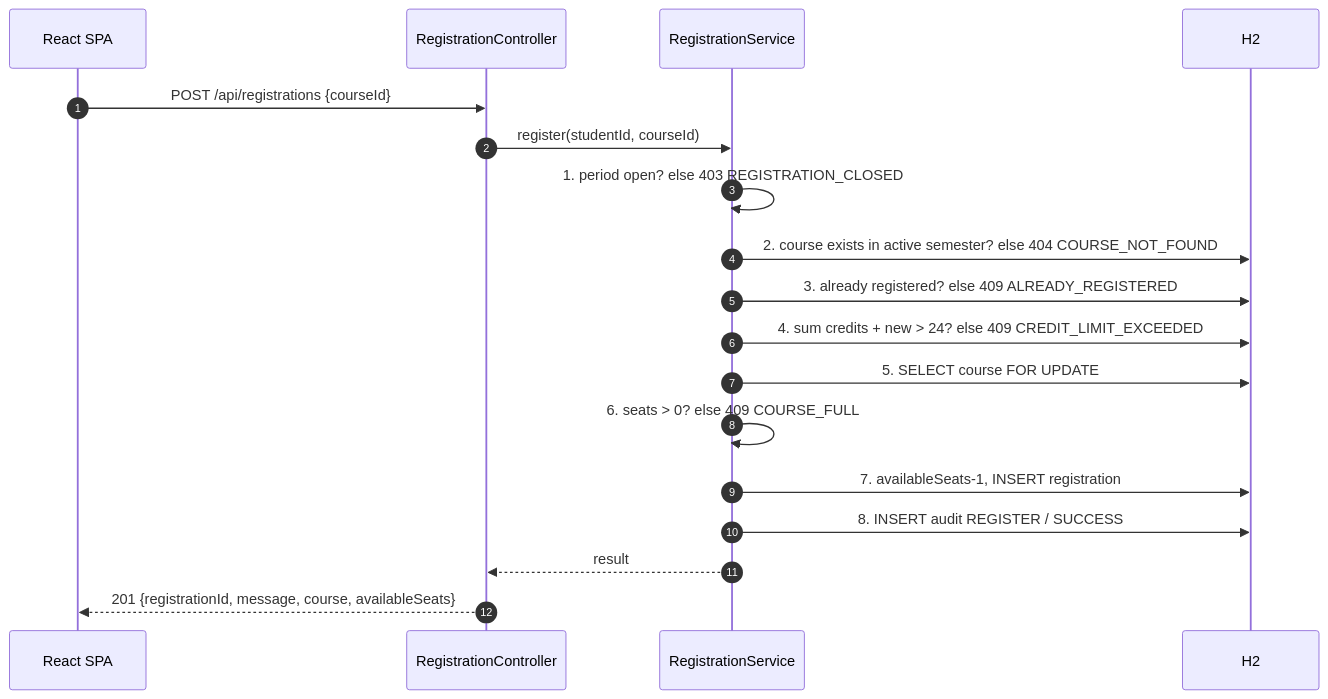
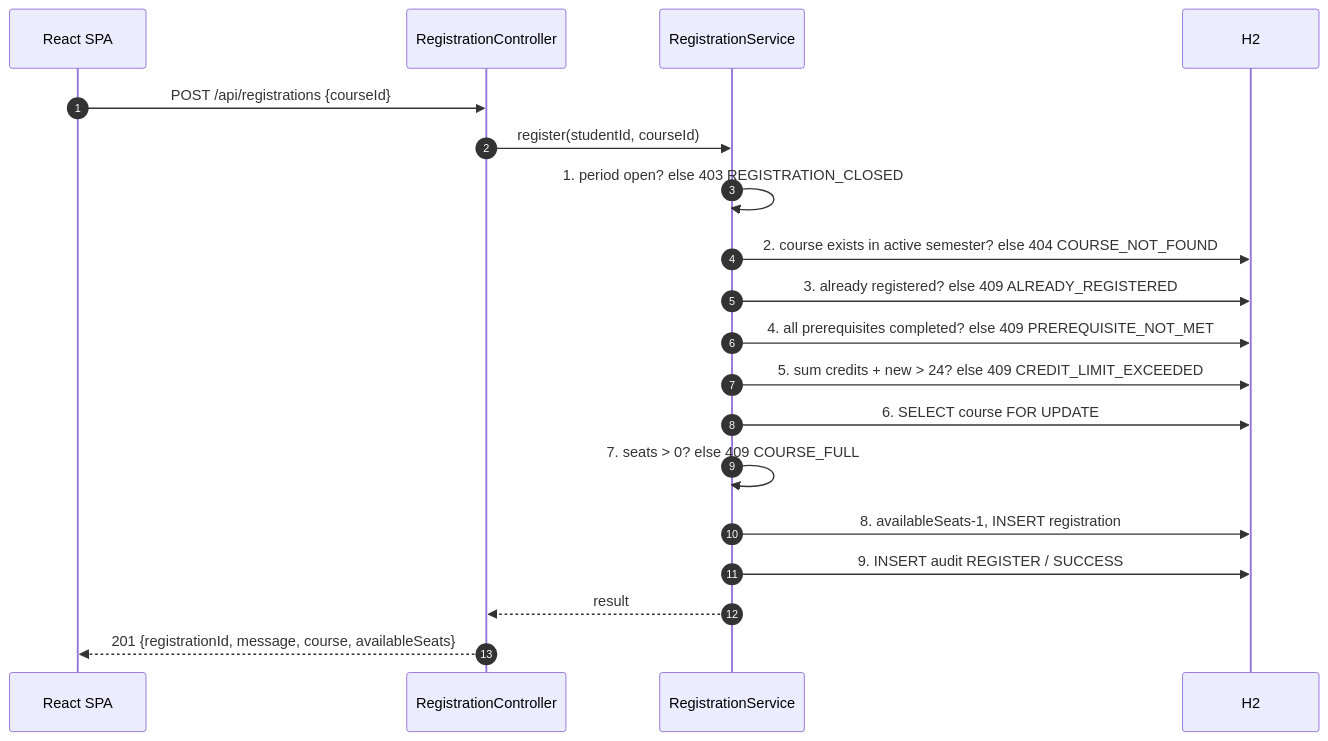
One commit to kb-ong/monash-course-registration-system changed the second of 3 diagrams in docs/specs/00-overview.md. Above: the diagram before and after it, drawn with Mermaid. The commit also changed other lines of this file and 30 other files, not shown here.

First line of the commit message:
feat: validate prerequisites before registration (FR8)

````diff
--- a/docs/specs/00-overview.md
+++ b/docs/specs/00-overview.md
@@ -113,20 +120,21 @@
 ```mermaid
 sequenceDiagram
     autonumber
     participant UI as React SPA
     participant C as RegistrationController
     participant S as RegistrationService
     participant DB as H2
     UI->>C: POST /api/registrations {courseId}
     C->>S: register(studentId, courseId)
     S->>S: 1. period open? else 403 REGISTRATION_CLOSED
     S->>DB: 2. course exists in active semester? else 404 COURSE_NOT_FOUND
     S->>DB: 3. already registered? else 409 ALREADY_REGISTERED
-    S->>DB: 4. sum credits + new > 24? else 409 CREDIT_LIMIT_EXCEEDED
-    S->>DB: 5. SELECT course FOR UPDATE
-    S->>S: 6. seats > 0? else 409 COURSE_FULL
-    S->>DB: 7. availableSeats-1, INSERT registration
-    S->>DB: 8. INSERT audit REGISTER / SUCCESS
+    S->>DB: 4. all prerequisites completed? else 409 PREREQUISITE_NOT_MET
+    S->>DB: 5. sum credits + new > 24? else 409 CREDIT_LIMIT_EXCEEDED
+    S->>DB: 6. SELECT course FOR UPDATE
+    S->>S: 7. seats > 0? else 409 COURSE_FULL
+    S->>DB: 8. availableSeats-1, INSERT registration
+    S->>DB: 9. INSERT audit REGISTER / SUCCESS
     S-->>C: result
     C-->>UI: 201 {registrationId, message, course, availableSeats}
 ```
````
